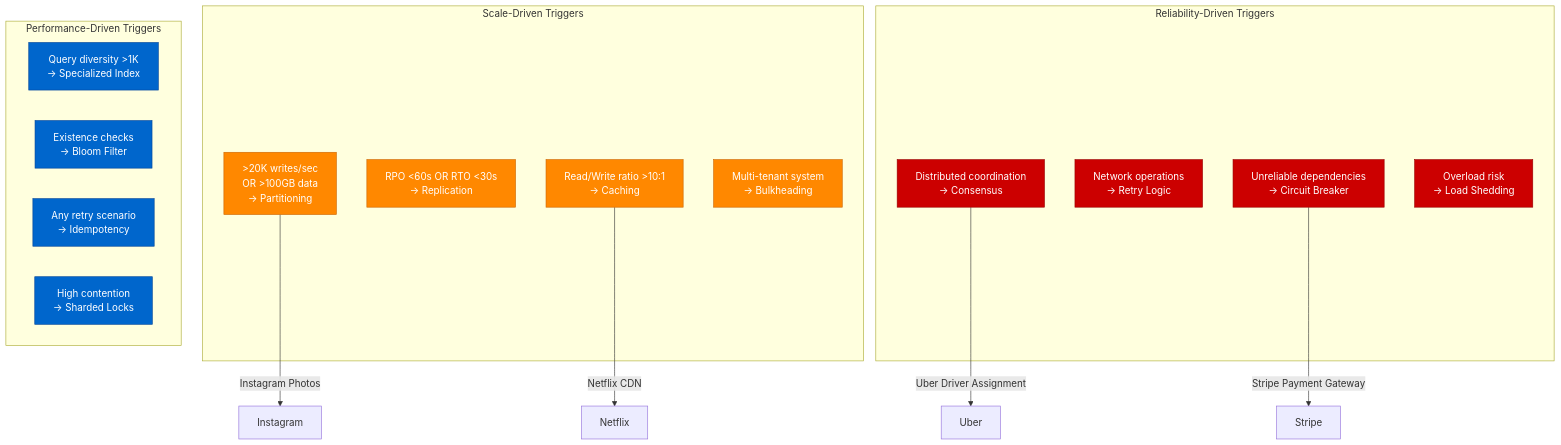
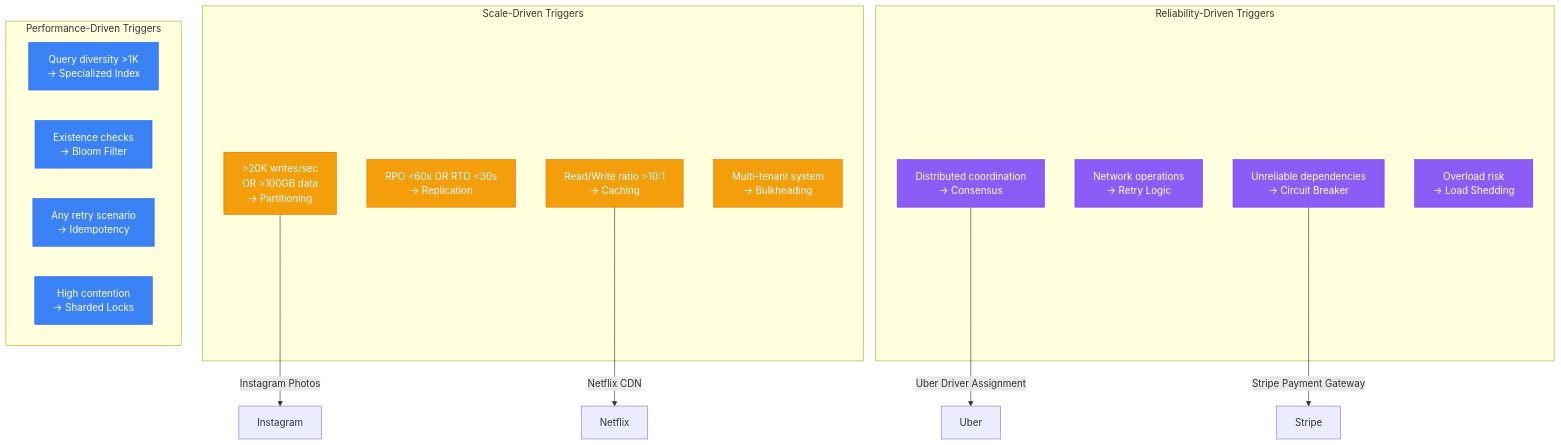
One commit to deepaucksharma/DS changed the second of 3 diagrams in site/docs/foundation/primitives.md. Above: the diagram before and after it, drawn with Mermaid. The commit also changed other lines of this file and 303 other files, not shown here.

````diff
--- a/site/docs/foundation/primitives.md
+++ b/site/docs/foundation/primitives.md
@@ -54,38 +54,38 @@
 ```mermaid
 graph TB
     subgraph ScaleTriggers["Scale-Driven Triggers"]
         P1T[">20K writes/sec<br/>OR >100GB data<br/>→ Partitioning"]
         P2T["RPO <60s OR RTO <30s<br/>→ Replication"]
         P11T["Read/Write ratio >10:1<br/>→ Caching"]
         P10T["Multi-tenant system<br/>→ Bulkheading"]
     end
 
     subgraph ReliabilityTriggers["Reliability-Driven Triggers"]
         P5T["Distributed coordination<br/>→ Consensus"]
         P8T["Network operations<br/>→ Retry Logic"]
         P9T["Unreliable dependencies<br/>→ Circuit Breaker"]
         P12T["Overload risk<br/>→ Load Shedding"]
     end
 
     subgraph PerformanceTriggers["Performance-Driven Triggers"]
         P4T["Query diversity >1K<br/>→ Specialized Index"]
         P15T["Existence checks<br/>→ Bloom Filter"]
         P7T["Any retry scenario<br/>→ Idempotency"]
         P13T["High contention<br/>→ Sharded Locks"]
     end
 
     %% Real examples
     P1T --> |Instagram Photos| Instagram
     P11T --> |Netflix CDN| Netflix
     P5T --> |Uber Driver Assignment| Uber
     P9T --> |Stripe Payment Gateway| Stripe
 
     %% Apply colors
-    classDef scaleStyle fill:#FF8800,stroke:#CC6600,color:#fff
-    classDef reliabilityStyle fill:#CC0000,stroke:#990000,color:#fff
-    classDef performanceStyle fill:#0066CC,stroke:#004499,color:#fff
+    classDef scaleStyle fill:#F59E0B,stroke:#D97706,color:#fff
+    classDef reliabilityStyle fill:#8B5CF6,stroke:#7C3AED,color:#fff
+    classDef performanceStyle fill:#3B82F6,stroke:#2563EB,color:#fff
 
     class P1T,P2T,P11T,P10T scaleStyle
     class P5T,P8T,P9T,P12T reliabilityStyle
     class P4T,P15T,P7T,P13T performanceStyle
 ```
````
